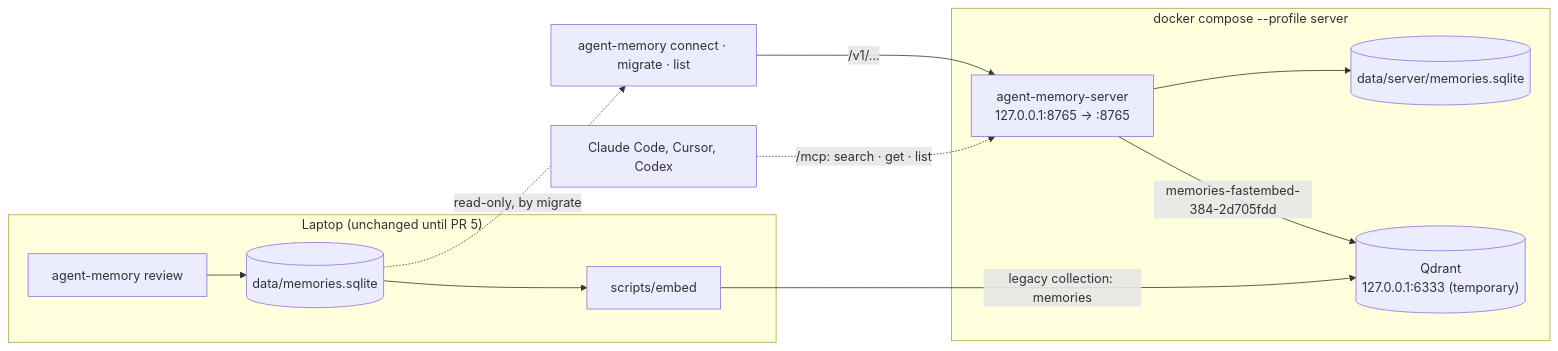
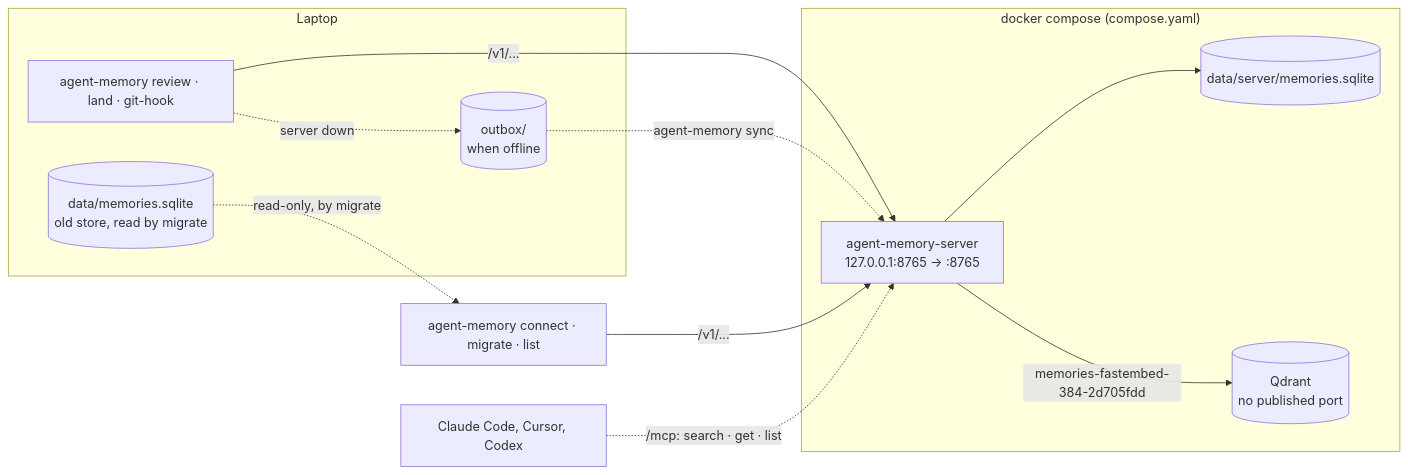
One commit to roune/agent-memory changed the first of 7 diagrams in docs/server.md. Above: the diagram before and after it, drawn with Mermaid. The commit also changed other lines of this file and 20 other files, not shown here.

````diff
--- a/docs/server.md
+++ b/docs/server.md
@@ -7,20 +7,21 @@
 ```mermaid
 flowchart LR
-  subgraph laptop["Laptop (unchanged until PR 5)"]
-    review["agent-memory review"]
-    localdb[("data/memories.sqlite")]
-    embed["scripts/embed"]
-    review --> localdb --> embed
+  subgraph laptop["Laptop"]
+    review["agent-memory review · land · git-hook"]
+    outbox[("outbox/<br/>when offline")]
+    localdb[("data/memories.sqlite<br/>old store, read by migrate")]
+    review -. "server down" .-> outbox
   end
-  subgraph compose["docker compose --profile server"]
+  subgraph compose["docker compose (compose.yaml)"]
     server["agent-memory-server<br/>127.0.0.1:8765 → :8765"]
     serverdb[("data/server/memories.sqlite")]
-    qdrant[("Qdrant<br/>127.0.0.1:6333 (temporary)")]
+    qdrant[("Qdrant<br/>no published port")]
     server --> serverdb
     server -- "memories-fastembed-384-2d705fdd" --> qdrant
   end
-  embed -- "legacy collection: memories" --> qdrant
+  review -- "/v1/..." --> server
+  outbox -. "agent-memory sync" .-> server
   cli["agent-memory connect · migrate · list"] -- "/v1/..." --> server
   localdb -. "read-only, by migrate" .-> cli
   editor["Claude Code, Cursor, Codex"] -. "/mcp: search · get · list" .-> server
 ```
````
